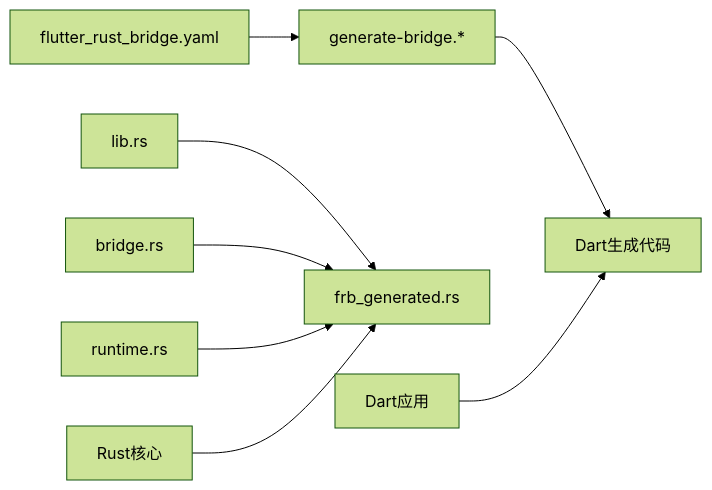
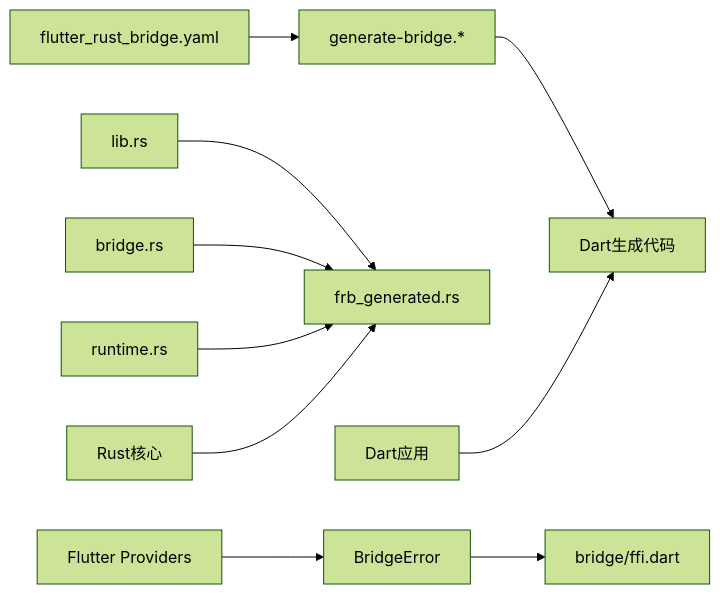
Before and after one commit to ZhangGHGitHub/LegadoTeamFlutter: the third of 3 diagrams in .qoder/repowiki/zh/content/Flutter跨平台应用/FFI集成/FFI集成.md, drawn with Mermaid (forest theme). The commit also changed other lines of this file and 68 other files, not shown here.

````diff
--- a/.qoder/repowiki/zh/content/Flutter跨平台应用/FFI集成/FFI集成.md
+++ b/.qoder/repowiki/zh/content/Flutter跨平台应用/FFI集成/FFI集成.md
@@ -177,10 +206,12 @@
 ```mermaid
 graph LR
 DartCfg["flutter_rust_bridge.yaml"] --> GenScript["generate-bridge.*"]
 GenScript --> DartGen["Dart生成代码"]
 RustLib["lib.rs"] --> RustGen["frb_generated.rs"]
 BridgeMod["bridge.rs"] --> RustGen
 RuntimeMod["runtime.rs"] --> RustGen
 DartApp["Dart应用"] --> DartGen
 RustApp["Rust核心"] --> RustGen
+ProviderLayer["Flutter Providers"] --> BridgeError["BridgeError"]
+BridgeError --> FfiModule["bridge/ffi.dart"]
 ```
````
